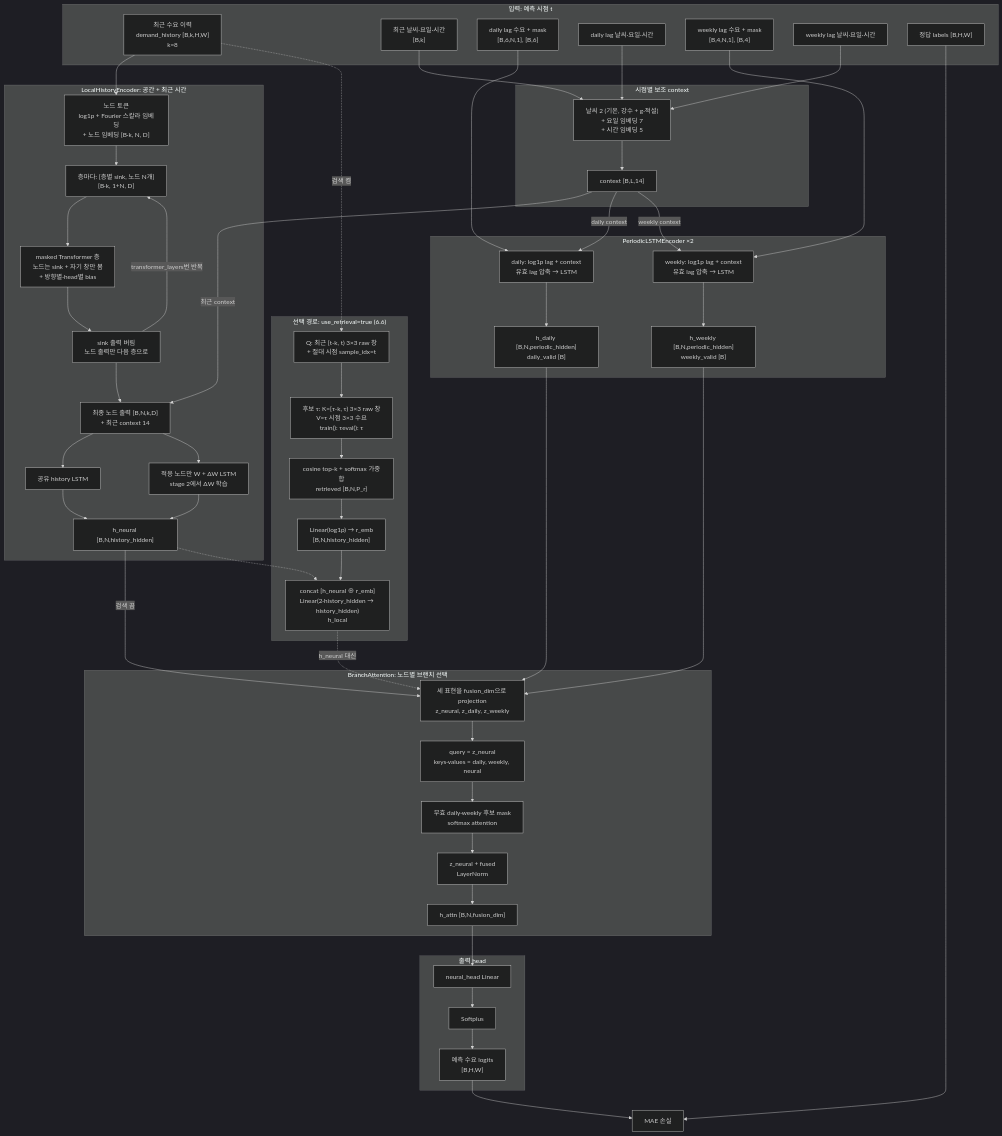
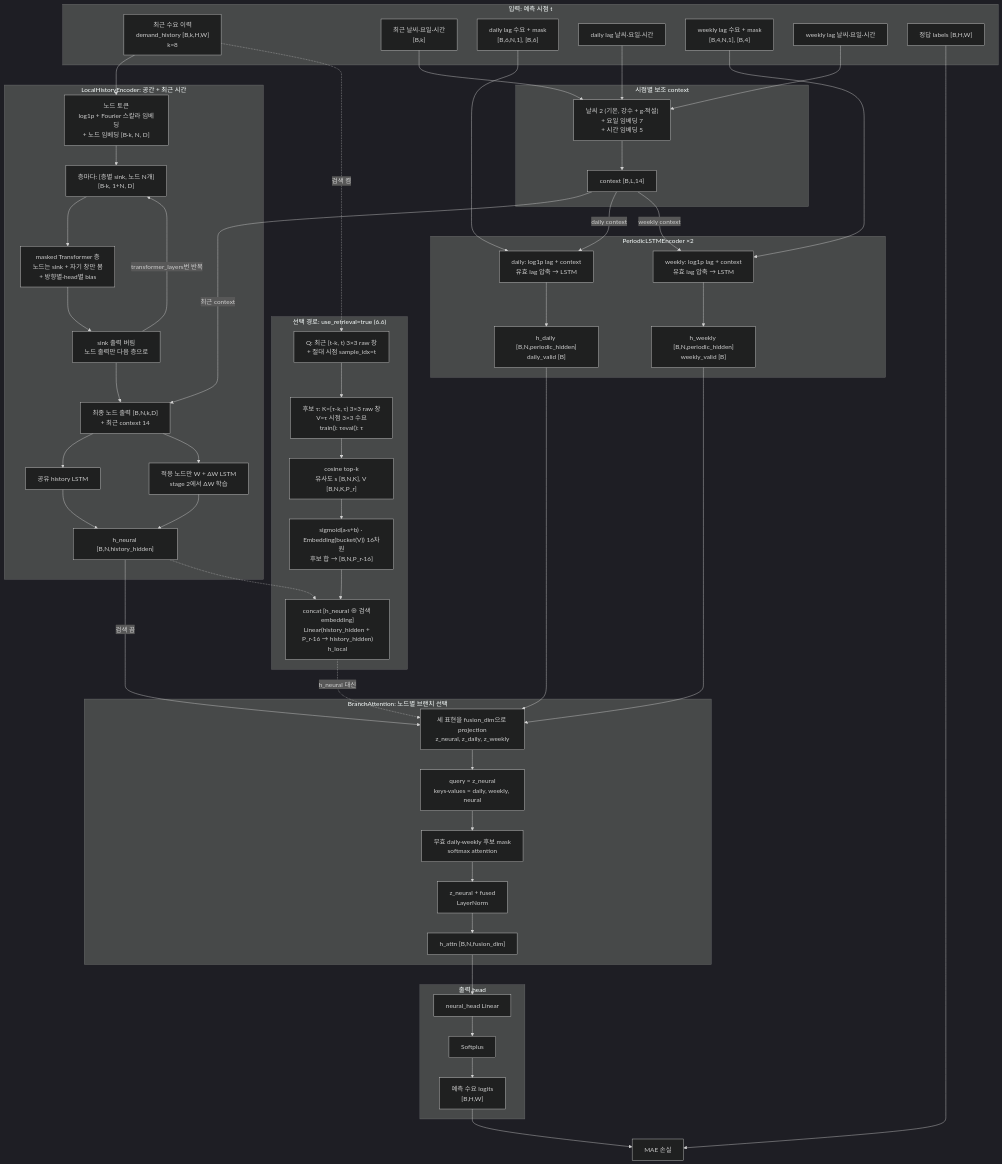
One commit to dev-jake-kim/demandprediction changed the diagram in docs/SPEC.md. Above: the diagram before and after it, drawn with Mermaid (dark theme). The commit also changed other lines of this file and 6 other files, not shown here.

Commit message:
Retrieval fusion: per-candidate sigmoid(a*s+b)-gated bucketed label embeddings (16d, cap=train top 0.5%), summed over top-k and concatenated with h_neural

```diff
--- a/docs/SPEC.md
+++ b/docs/SPEC.md
@@ -108,9 +108,9 @@
     subgraph RET["선택 경로: use_retrieval=true (6.6)"]
         R1["Q: 최근 [t-k, t) 3×3 raw 창<br/>+ 절대 시점 sample_idx=t"]
         R2["후보 τ: K=[τ-k, τ) 3×3 raw 창<br/>V=τ 시점 3×3 수요<br/>train(): τ<train_end, τ∉[t, t+72h]<br/>eval(): τ<t"]
-        R3["cosine top-k + softmax 가중합<br/>retrieved [B,N,P_r]"]
-        R4["Linear(log1p) → r_emb<br/>[B,N,history_hidden]"]
-        R5["concat [h_neural ⊕ r_emb]<br/>Linear(2·history_hidden → history_hidden)<br/>h_local"]
+        R3["cosine top-k<br/>유사도 s [B,N,K], V [B,N,K,P_r]"]
+        R4["sigmoid(a·s+b) · Embedding(bucket(V)) 16차원<br/>후보 합 → [B,N,P_r·16]"]
+        R5["concat [h_neural ⊕ 검색 embedding]<br/>Linear(history_hidden + P_r·16 → history_hidden)<br/>h_local"]
         R1 --> R2 --> R3 --> R4 --> R5
     end
 
```
